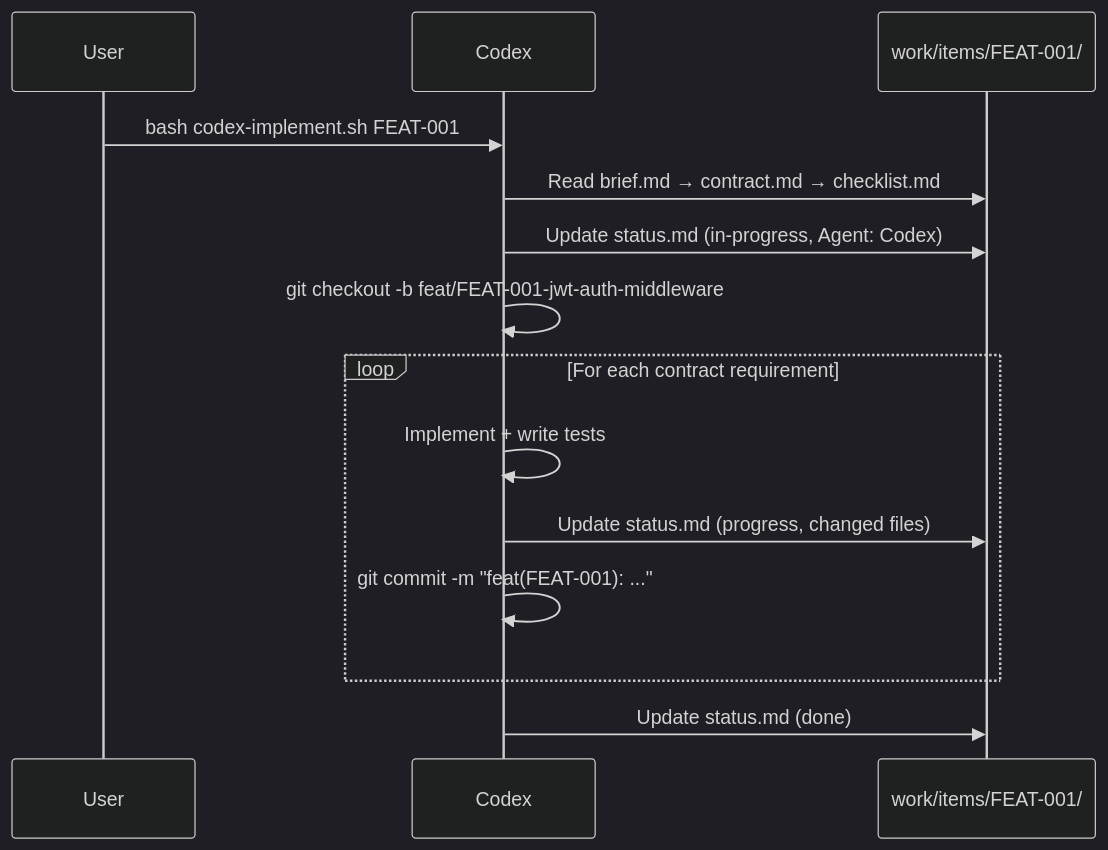
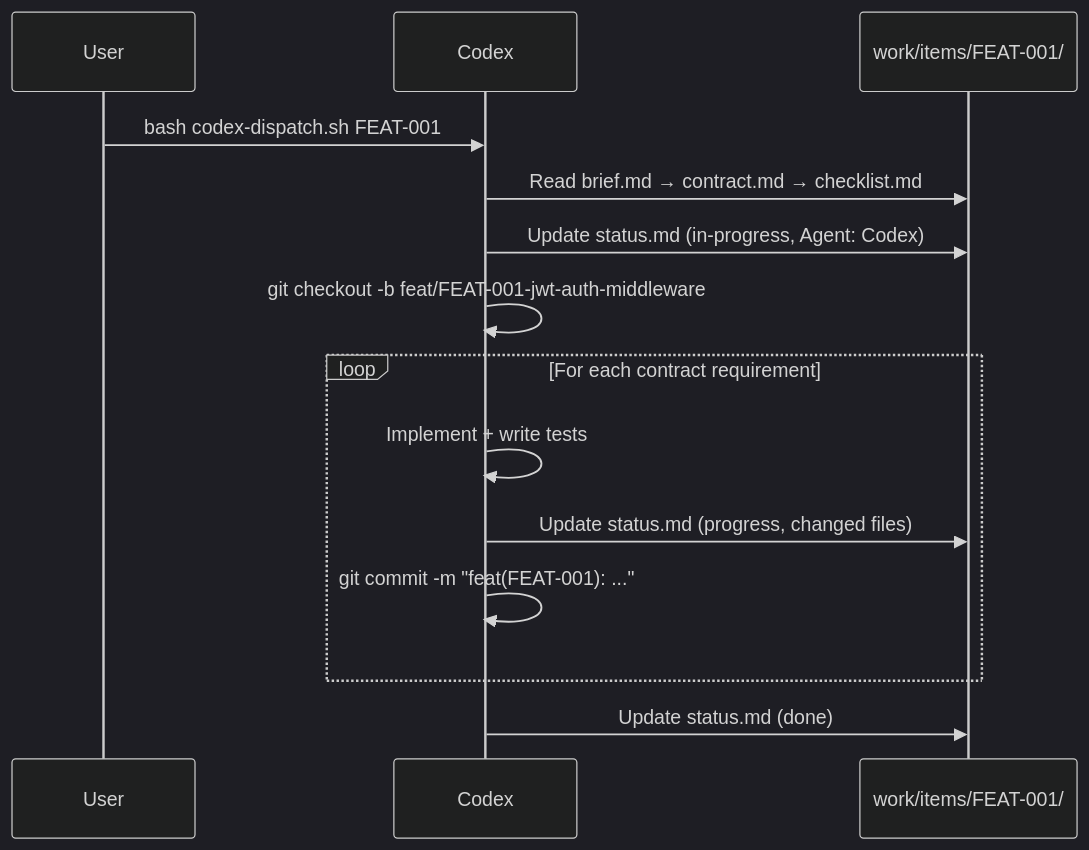
Before and after one commit to aanna0701/claude-useful-instructions: the second of 3 diagrams in docs/collab-workflow.md, drawn with Mermaid (dark theme). The commit also changed other lines of this file and 5 other files, not shown here.

First line of the commit message:
refactor: remove codex-setup.sh and codex-implement.sh, consolidate into codex-dispatch.sh

````diff
--- a/docs/collab-workflow.md
+++ b/docs/collab-workflow.md
@@ -310,19 +300,19 @@
 ```mermaid
 sequenceDiagram
     participant U as User
     participant X as Codex
     participant W as work/items/FEAT-001/
 
-    U->>X: bash codex-implement.sh FEAT-001
+    U->>X: bash codex-dispatch.sh FEAT-001
     X->>W: Read brief.md → contract.md → checklist.md
     X->>W: Update status.md (in-progress, Agent: Codex)
     X->>X: git checkout -b feat/FEAT-001-jwt-auth-middleware
 
     loop For each contract requirement
         X->>X: Implement + write tests
         X->>W: Update status.md (progress, changed files)
         X->>X: git commit -m "feat(FEAT-001): ..."
     end
 
     X->>W: Update status.md (done)
 ```
````
